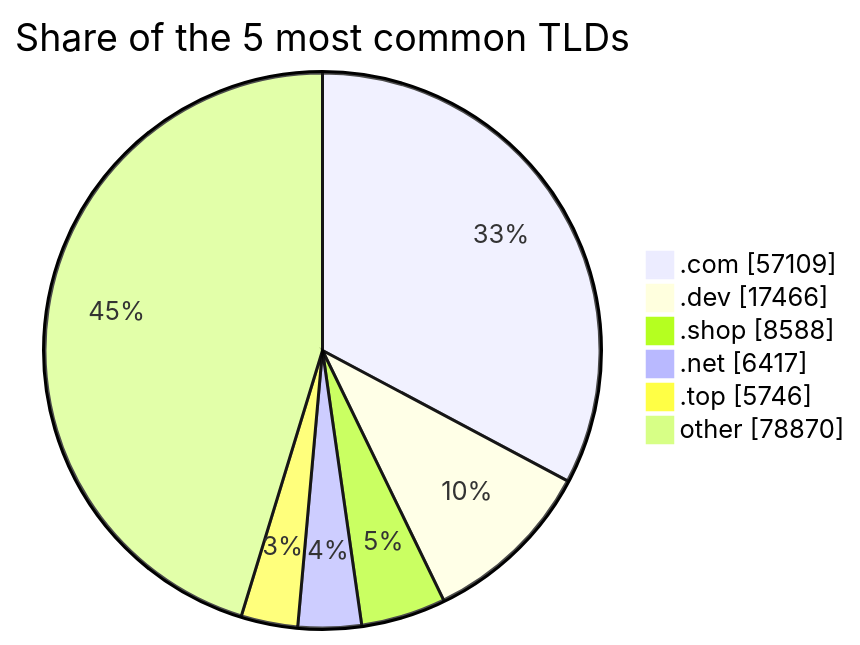
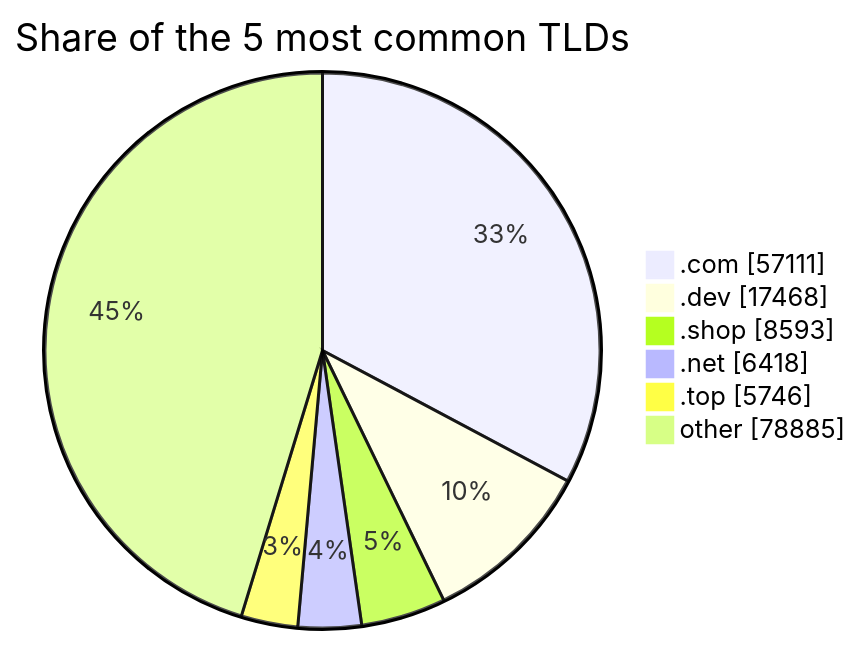
Before and after one commit to DNSBunker/CTI: the third of 3 diagrams in README.md, drawn with Mermaid. The commit also changed other lines of this file and 3 other files, not shown here.

````diff
--- a/README.md
+++ b/README.md
@@ -81,9 +81,9 @@
 ```mermaid
 pie showData title Share of the 5 most common TLDs
-    ".com" : 57109
-    ".dev" : 17466
-    ".shop" : 8588
-    ".net" : 6417
+    ".com" : 57111
+    ".dev" : 17468
+    ".shop" : 8593
+    ".net" : 6418
     ".top" : 5746
-    "other" : 78870
+    "other" : 78885
 ```
````
